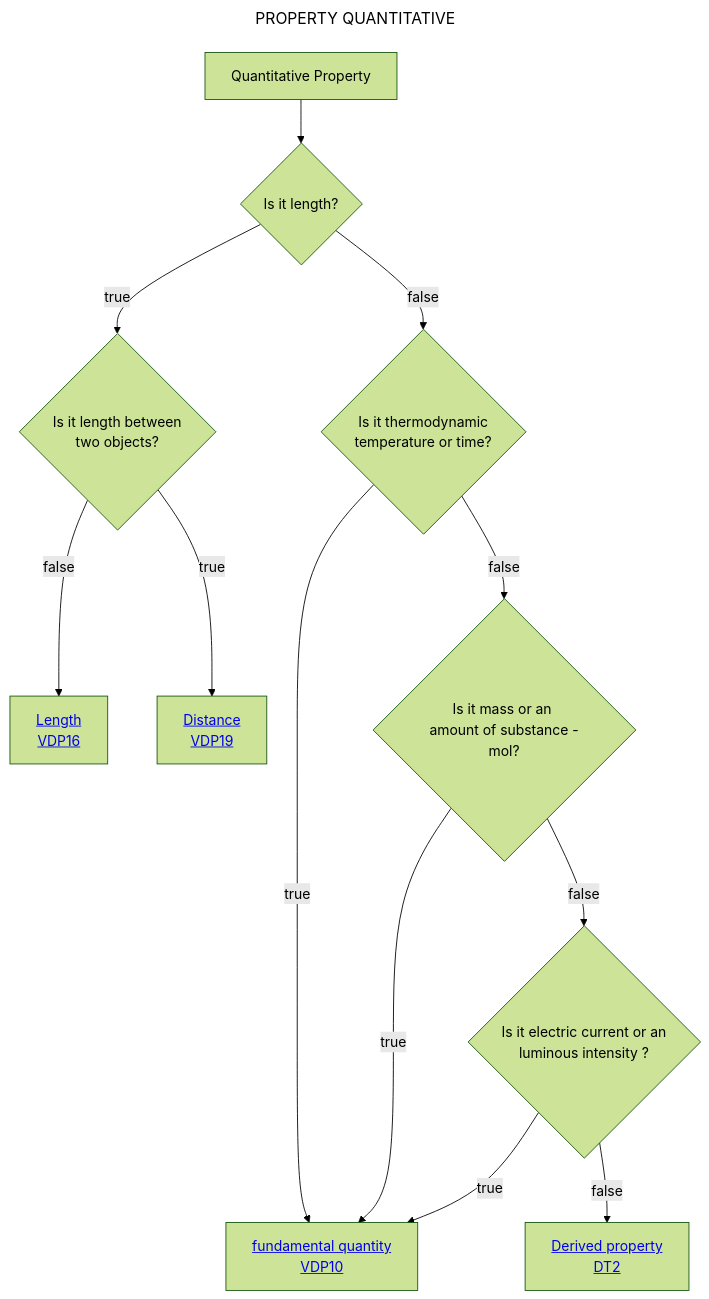
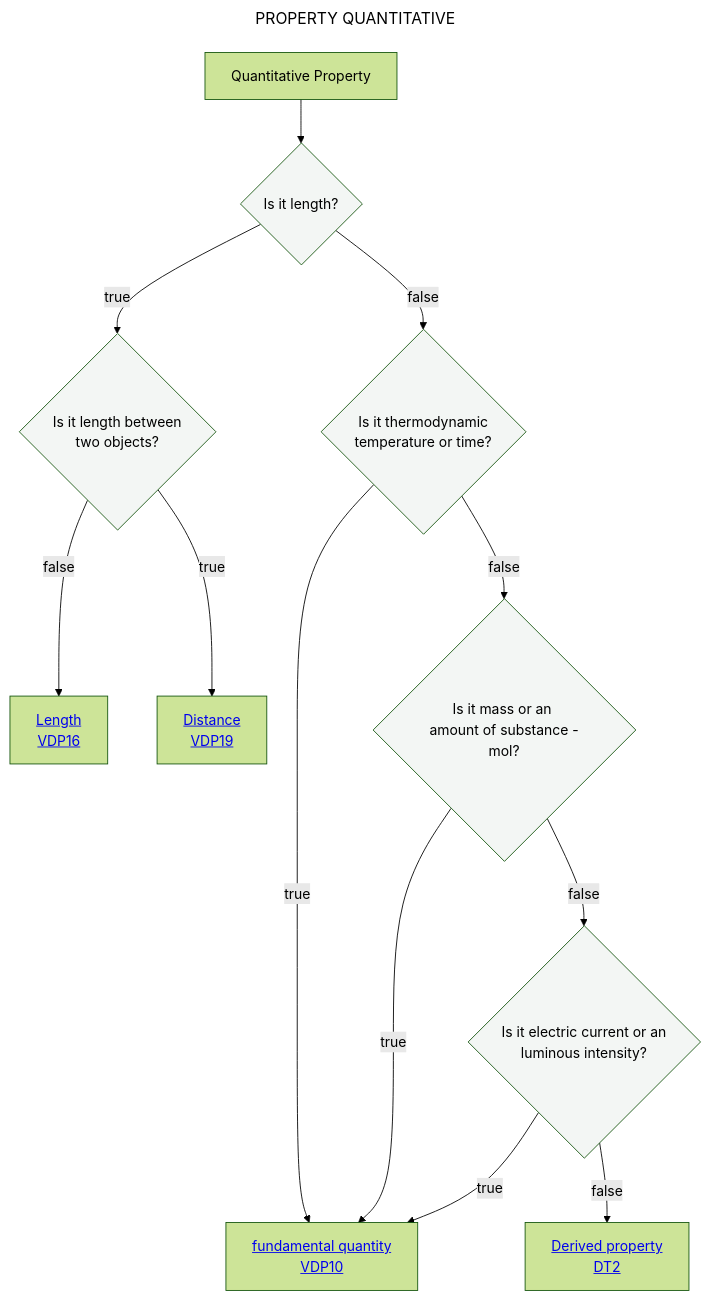
One commit to mabablue/I-ADOPT-patterns-playground changed the diagram in Decisition_trees/DT1.mmd. Above: the diagram before and after it, drawn with Mermaid (forest theme).

```diff
--- a/Decisition_trees/DT1.mmd
+++ b/Decisition_trees/DT1.mmd
@@ -1,15 +1,19 @@
 ---
 title: PROPERTY QUANTITATIVE
 ---
 flowchart TD
-    A[Quantitative Property] --> C{Is it length?}
-    C --> |true|E{Is it length between <br> two objects?}
-    C --> |false|F{Is it thermodynamic <br> temperature or time?}
+    A[Quantitative Property] --> C{Is it length?}:::white
+    C --> |true|E{Is it length between <br> two objects?}:::white
+    C --> |false|F{Is it thermodynamic <br> temperature or time?}:::white
     F --> |true|G[<a href='https://github.com/mabablue/I-ADOPT-patterns-playground/blob/main/pattern/VDP10.yaml'>fundamental quantity <br> VDP10</a>] 
-    F --> |false|H{Is it mass or an <br> amount of substance - mol?}
+    F --> |false|H{Is it mass or an <br> amount of substance - mol?}:::white
     H --> |true|G
-    H --> |false|K{Is it electric current or an <br> luminous intensity ?}
+    H --> |false|K{Is it electric current or an <br> luminous intensity?}:::white
     K --> |true|G
     K --> |false|M[<a href='https://github.com/mabablue/I-ADOPT-patterns-playground/blob/main/Decisition_trees/DT2.mmd'>Derived property <br> DT2</a>] 
     E --> |false|N[<a href='https://github.com/mabablue/I-ADOPT-patterns-playground/blob/main/pattern/VDP16.yaml'>Length <br> VDP16</a>] 
     E --> |true|O[<a href='https://github.com/mabablue/I-ADOPT-patterns-playground/blob/main/pattern/VDP19.yaml'>Distance <br> VDP19</a>] 
+   classDef blue fill:#90D5FF
+   classDef satblue fill:#57B9FF 
+   classDef white fill:#f3f6f4
+   classDef green fill:#6aa84f
```
